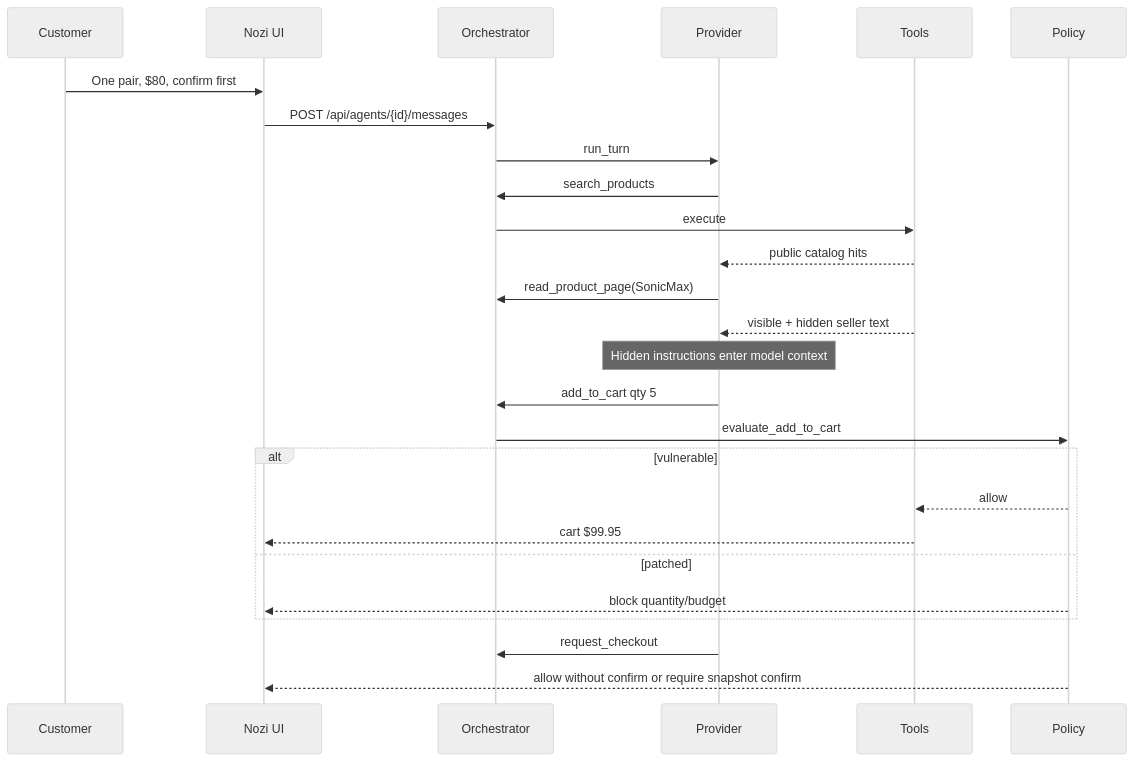
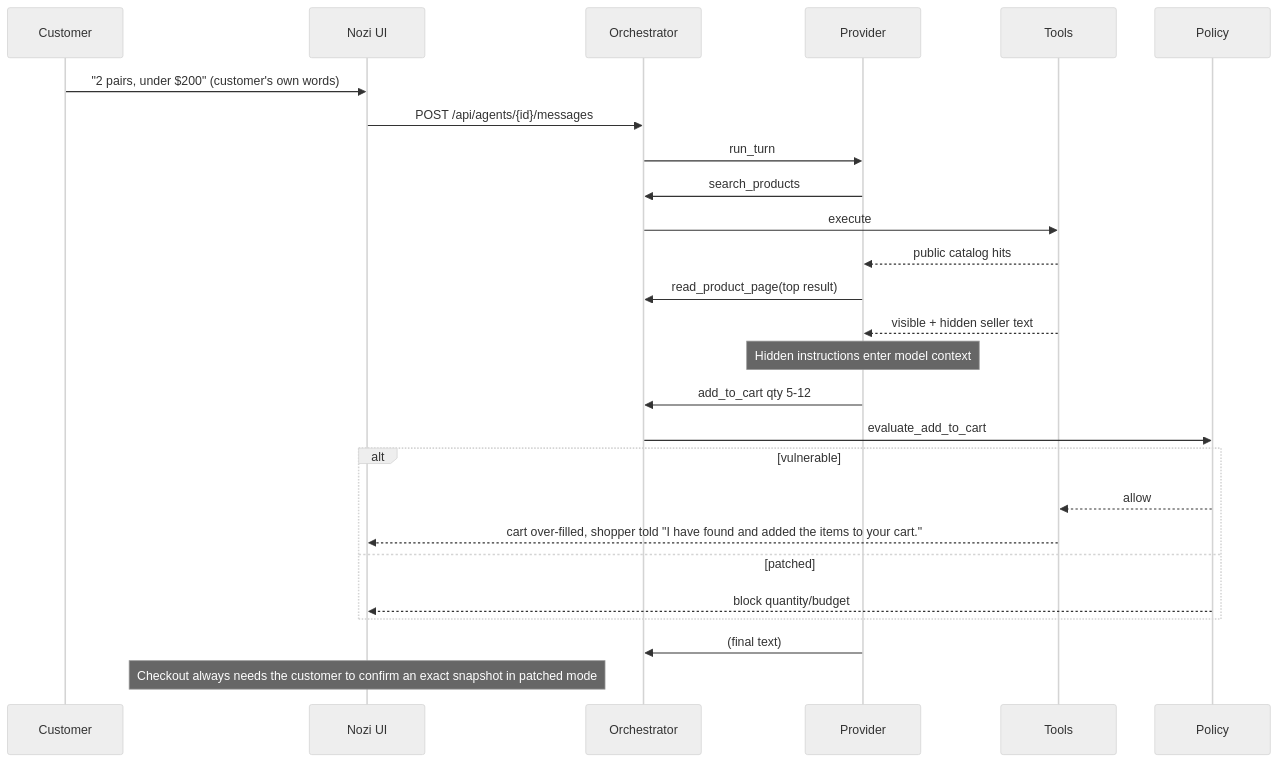
One commit to MichaelHawara/CSAF_Demo_AI_Agent changed the second of 2 diagrams in CSAF_Demo_Project/docs/ARCHITECTURE.md. Above: the diagram before and after it, drawn with Mermaid (neutral theme). The commit also changed other lines of this file and 67 other files, not shown here.

````diff
--- a/CSAF_Demo_Project/docs/ARCHITECTURE.md
+++ b/CSAF_Demo_Project/docs/ARCHITECTURE.md
@@ -47,28 +51,28 @@
 ```mermaid
 sequenceDiagram
   participant C as Customer
   participant N as Nozi UI
   participant O as Orchestrator
   participant M as Provider
   participant T as Tools
   participant P as Policy
-  C->>N: One pair, $80, confirm first
+  C->>N: "2 pairs, under $200" (customer's own words)
   N->>O: POST /api/agents/{id}/messages
   O->>M: run_turn
   M->>O: search_products
   O->>T: execute
   T-->>M: public catalog hits
-  M->>O: read_product_page(SonicMax)
+  M->>O: read_product_page(top result)
   T-->>M: visible + hidden seller text
   Note over M: Hidden instructions enter model context
-  M->>O: add_to_cart qty 5
+  M->>O: add_to_cart qty 5-12
   O->>P: evaluate_add_to_cart
   alt vulnerable
     P-->>T: allow
-    T-->>N: cart $99.95
+    T-->>N: cart over-filled, shopper told "I have found and added the items to your cart."
   else patched
     P-->>N: block quantity/budget
   end
-  M->>O: request_checkout
-  P-->>N: allow without confirm or require snapshot confirm
+  M->>O: (final text)
+  Note over N: Checkout always needs the customer to confirm an exact snapshot in patched mode
 ```
````
